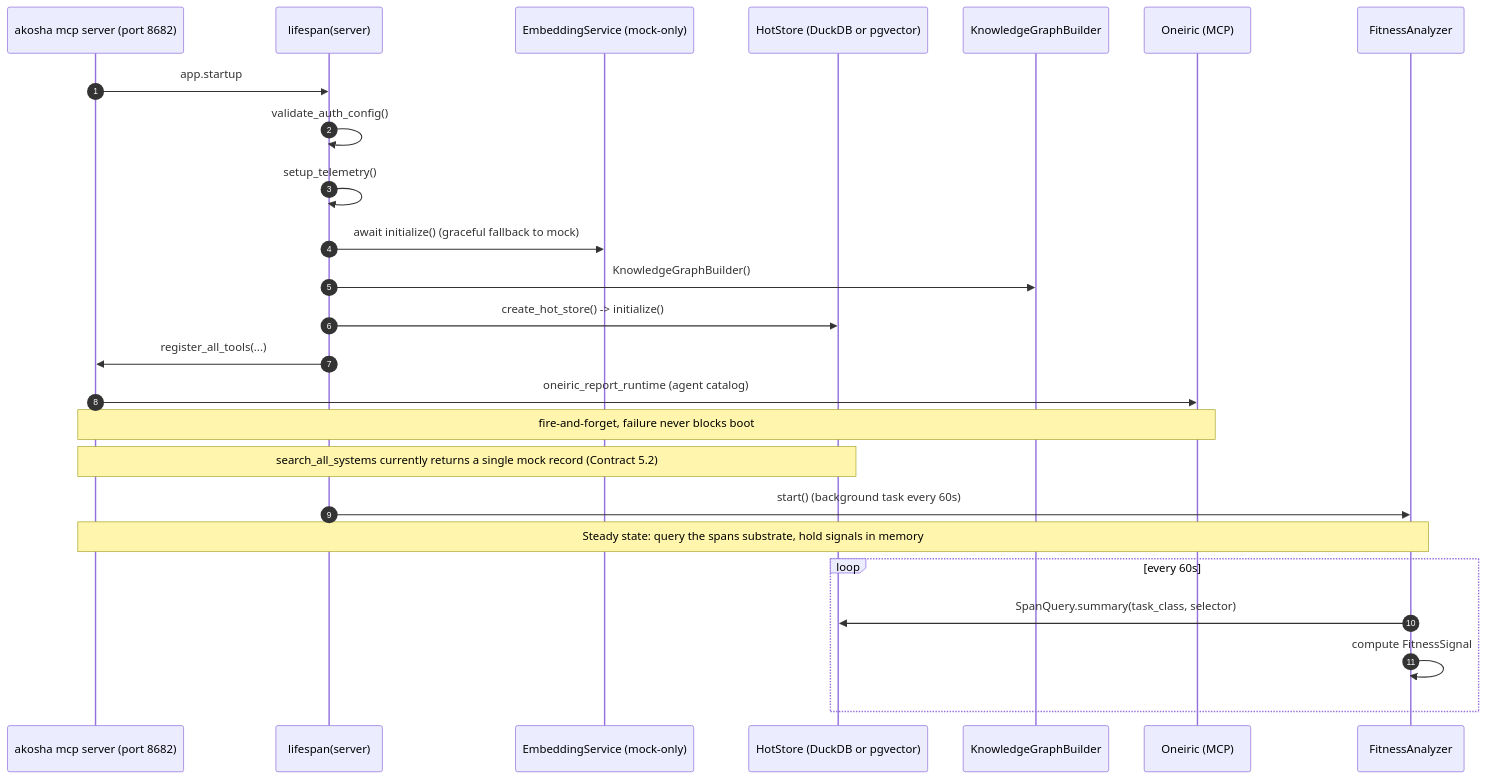
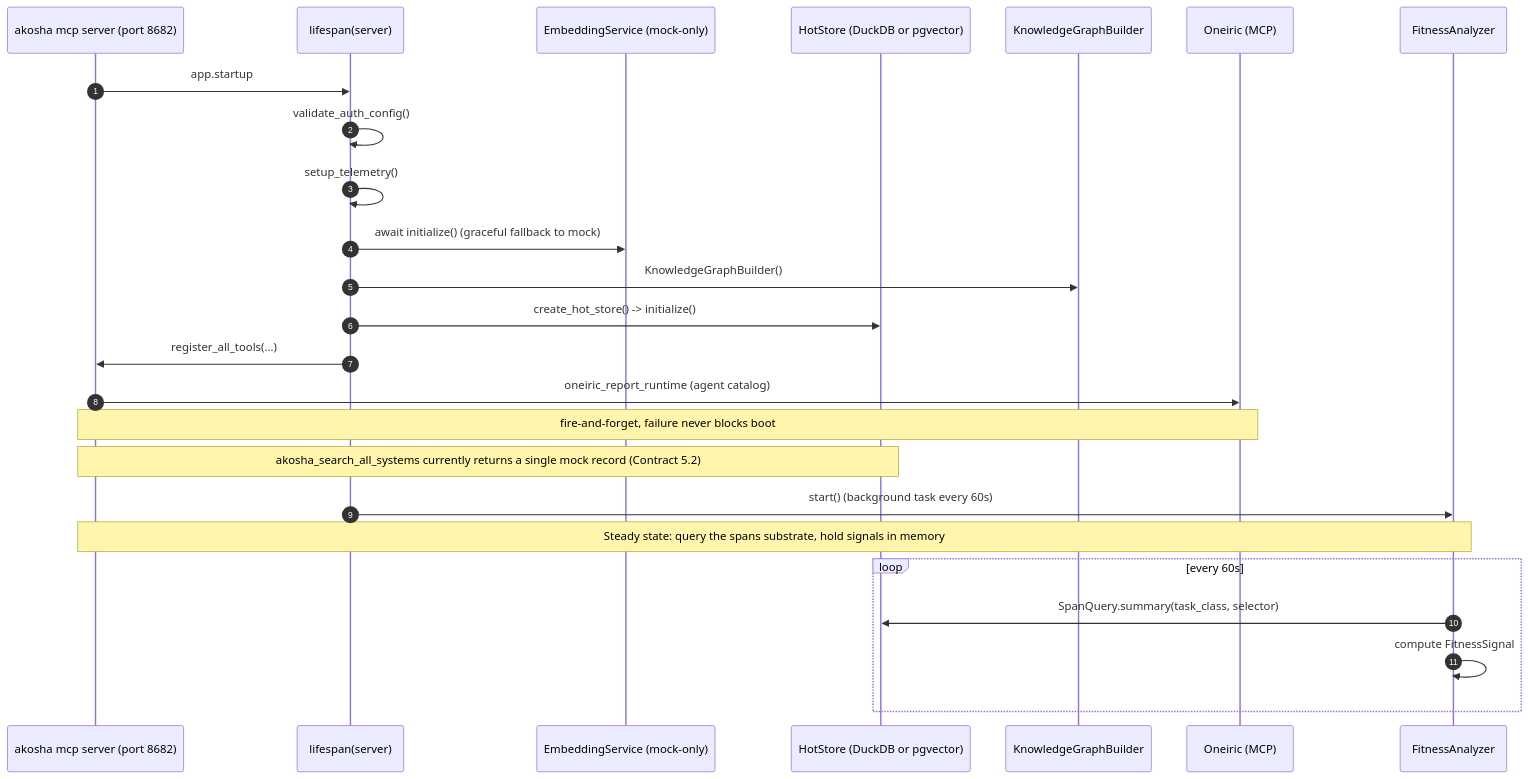
One commit to lesleslie/akosha changed the second of 2 diagrams in docs/architecture/MEMORY_ARCHITECTURE.md. Above: the diagram before and after it, drawn with Mermaid. The commit also changed other lines of this file and 78 other files, not shown here.

````diff
--- a/docs/architecture/MEMORY_ARCHITECTURE.md
+++ b/docs/architecture/MEMORY_ARCHITECTURE.md
@@ -265,29 +265,29 @@
 ```mermaid
 sequenceDiagram
     autonumber
     participant CLI as akosha mcp server (port 8682)
     participant LS as lifespan(server)
     participant EMB as EmbeddingService (mock-only)
     participant HS as HotStore (DuckDB or pgvector)
     participant KG as KnowledgeGraphBuilder
     participant ON as Oneiric (MCP)
     participant FA as FitnessAnalyzer
 
     CLI->>LS: app.startup
     LS->>LS: validate_auth_config()
     LS->>LS: setup_telemetry()
     LS->>EMB: await initialize() (graceful fallback to mock)
     LS->>KG: KnowledgeGraphBuilder()
     LS->>HS: create_hot_store() -> initialize()
     LS->>CLI: register_all_tools(...)
     CLI->>ON: oneiric_report_runtime (agent catalog)
     Note over CLI,ON: fire-and-forget, failure never blocks boot
-    Note over CLI,HS: search_all_systems currently returns a single mock record (Contract 5.2)
+    Note over CLI,HS: akosha_search_all_systems currently returns a single mock record (Contract 5.2)
     LS->>FA: start() (background task every 60s)
 
     Note over CLI,FA: Steady state: query the spans substrate, hold signals in memory
     loop every 60s
         FA->>HS: SpanQuery.summary(task_class, selector)
         FA->>FA: compute FitnessSignal
     end
 ```
````
